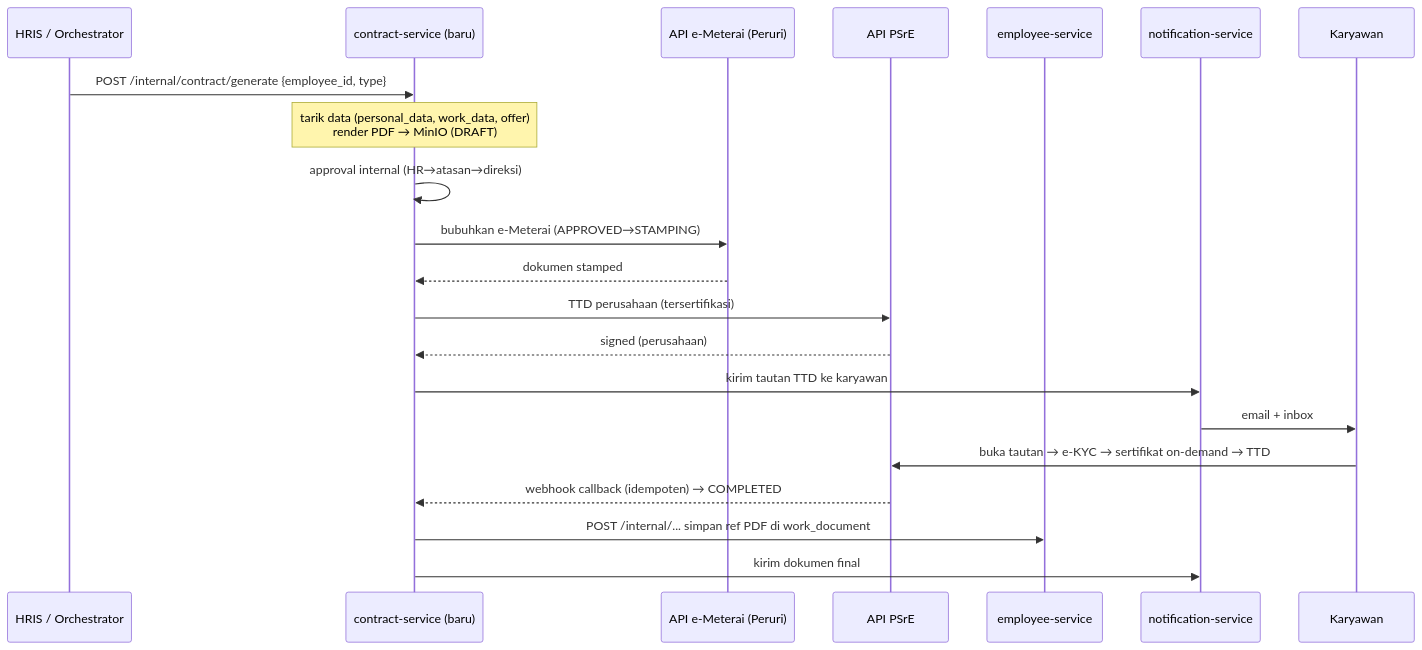
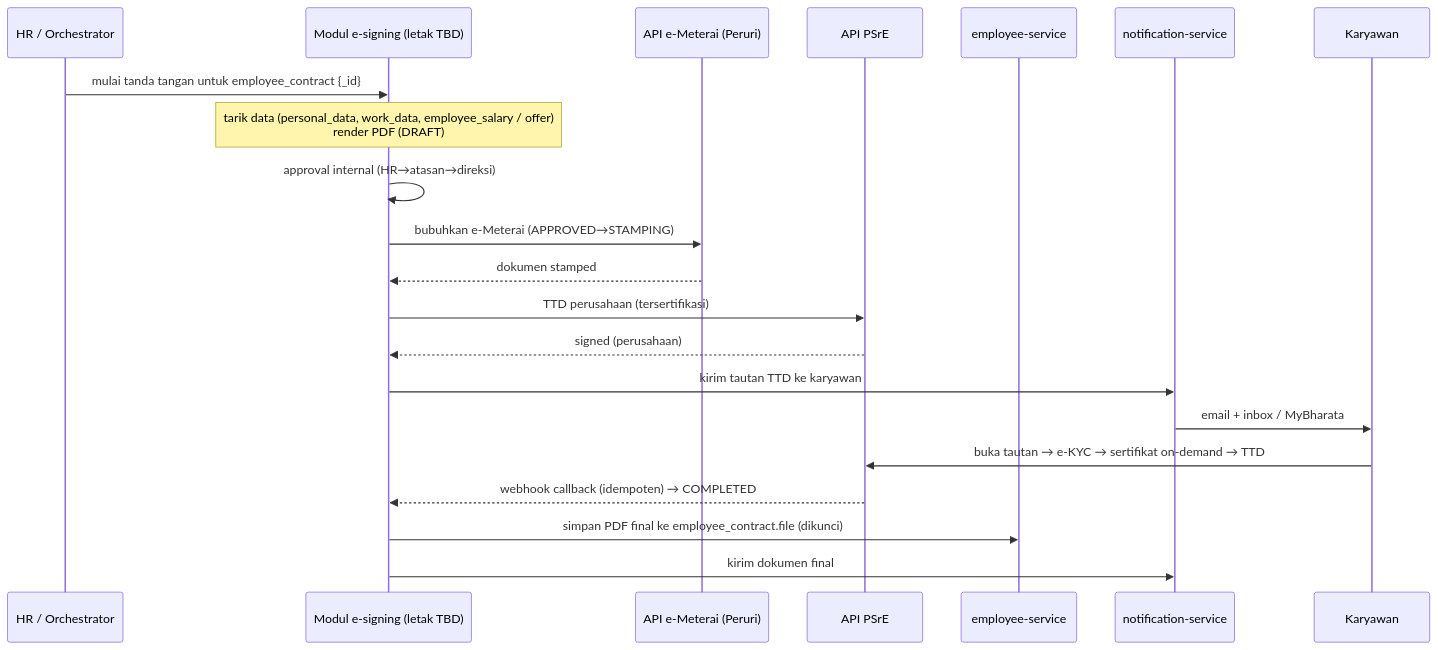
One commit to bip-itteam-internal/architecture-draft changed the diagram in Human Resource Information System/HRIS - Kontrak Kerja Elektronik (e-Signing & e-Meterai).md. Above: the diagram before and after it, drawn with Mermaid. The commit also changed other lines of this file and 3 other files, not shown here.

First line of the commit message:
docs(hris): selaraskan kontrak kerja elektronik dengan modul kontrak yang live

````diff
--- a/Human Resource Information System/HRIS - Kontrak Kerja Elektronik (e-Signing & e-Meterai).md
+++ b/Human Resource Information System/HRIS - Kontrak Kerja Elektronik (e-Signing & e-Meterai).md
@@ -123,24 +186,24 @@
 ```mermaid
 sequenceDiagram
-    participant HR as HRIS / Orchestrator
-    participant CS as contract-service (baru)
+    participant HR as HR / Orchestrator
+    participant CS as Modul e-signing (letak TBD)
     participant EM as API e-Meterai (Peruri)
     participant PS as API PSrE
     participant EMP as employee-service
     participant NT as notification-service
     participant K as Karyawan
 
-    HR->>CS: POST /internal/contract/generate {employee_id, type}
-    Note over CS: tarik data (personal_data, work_data, offer)<br/>render PDF → MinIO (DRAFT)
+    HR->>CS: mulai tanda tangan untuk employee_contract {_id}
+    Note over CS: tarik data (personal_data, work_data, employee_salary / offer)<br/>render PDF (DRAFT)
     CS->>CS: approval internal (HR→atasan→direksi)
     CS->>EM: bubuhkan e-Meterai (APPROVED→STAMPING)
     EM-->>CS: dokumen stamped
     CS->>PS: TTD perusahaan (tersertifikasi)
     PS-->>CS: signed (perusahaan)
     CS->>NT: kirim tautan TTD ke karyawan
-    NT->>K: email + inbox
+    NT->>K: email + inbox / MyBharata
     K->>PS: buka tautan → e-KYC → sertifikat on-demand → TTD
     PS-->>CS: webhook callback (idempoten) → COMPLETED
-    CS->>EMP: POST /internal/... simpan ref PDF di work_document
+    CS->>EMP: simpan PDF final ke employee_contract.file (dikunci)
     CS->>NT: kirim dokumen final
 ```
````
